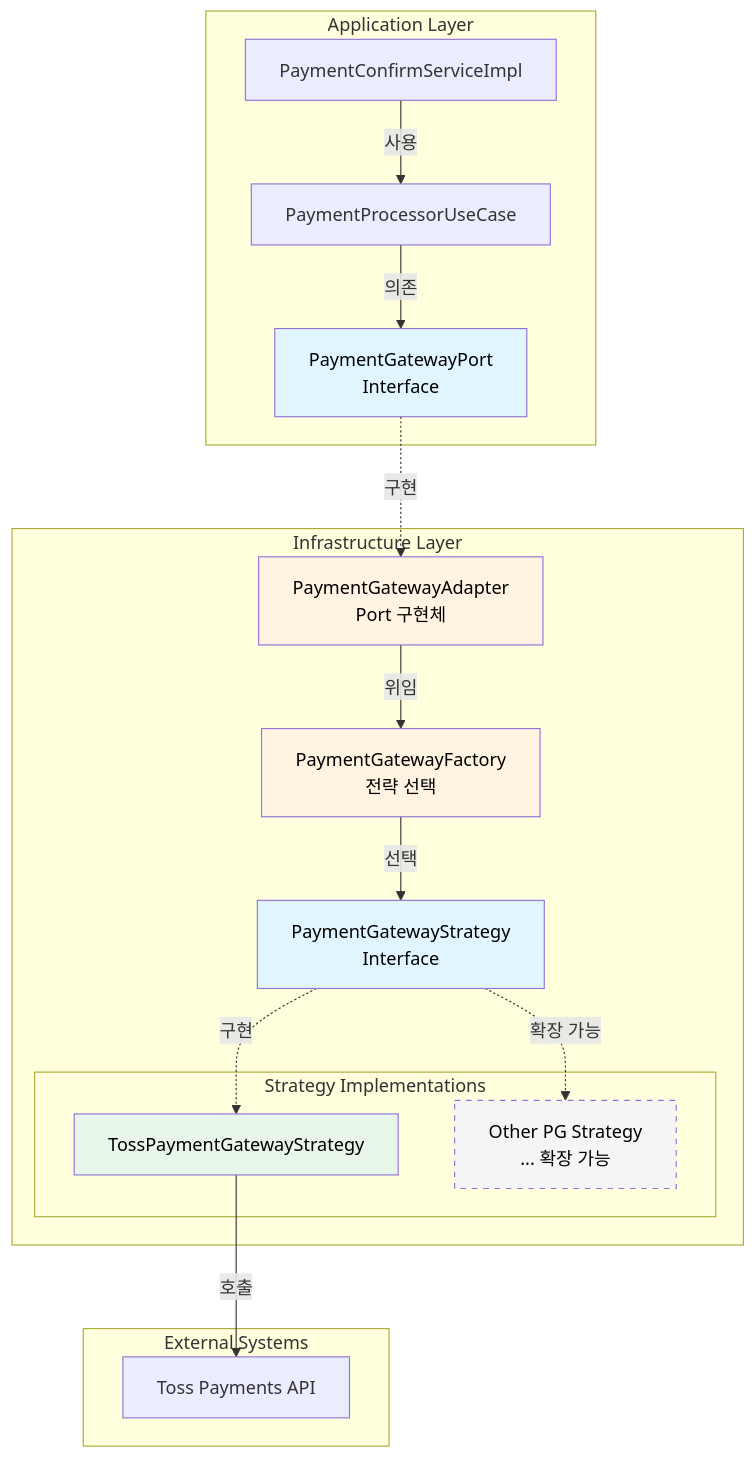
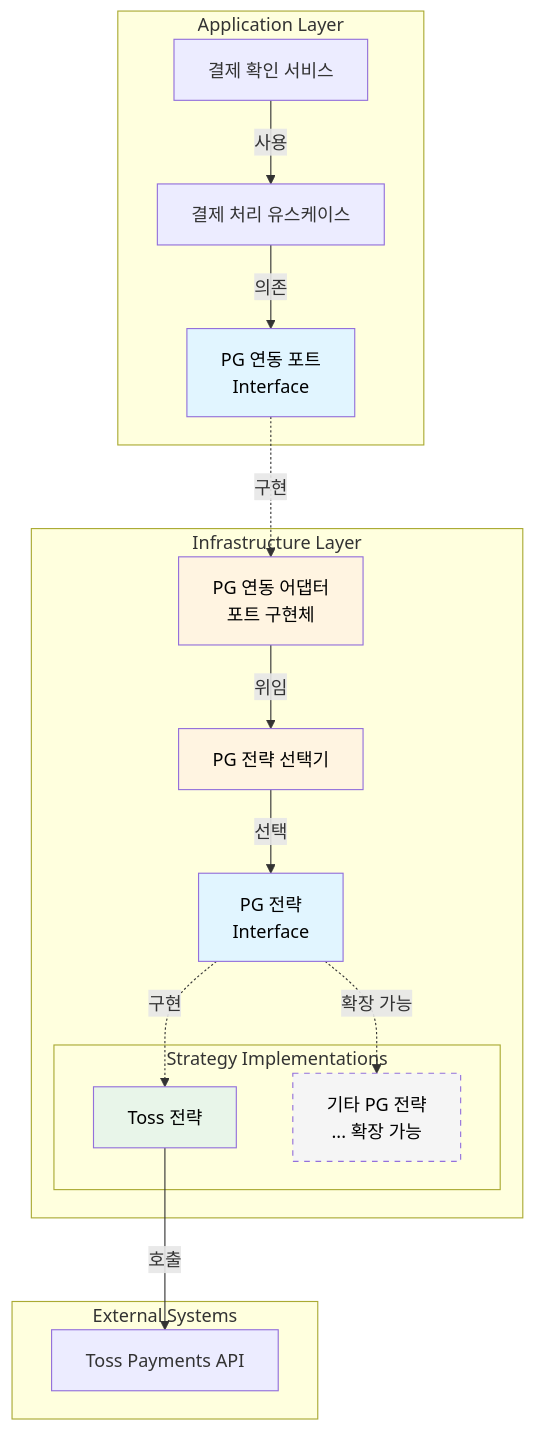
One commit to hyoguoo/payment-platform changed the fourth of 5 diagrams in README.md. Above: the diagram before and after it, drawn with Mermaid. The commit also changed other lines of this file, not shown here.

First line of the commit message:
docs: README 다이어그램·본문 용어를 도메인 친화적으로 변경

````diff
--- a/README.md
+++ b/README.md
@@ -159,38 +159,38 @@
 ```mermaid
 graph TB
     subgraph "Application Layer"
-        Service[PaymentConfirmServiceImpl]
-        UseCase[PaymentProcessorUseCase]
-        Port[PaymentGatewayPort<br/>Interface]
+        Service[결제 확인 서비스]
+        UseCase[결제 처리 유스케이스]
+        Port[PG 연동 포트<br/>Interface]
     end
 
     subgraph "Infrastructure Layer"
-        Adapter[PaymentGatewayAdapter<br/>Port 구현체]
-        Factory[PaymentGatewayFactory<br/>전략 선택]
-        Strategy[PaymentGatewayStrategy<br/>Interface]
+        Adapter[PG 연동 어댑터<br/>포트 구현체]
+        Factory[PG 전략 선택기]
+        Strategy[PG 전략<br/>Interface]
 
         subgraph "Strategy Implementations"
-            Toss[TossPaymentGatewayStrategy]
-            Future[Other PG Strategy<br/>... 확장 가능]
+            Toss[Toss 전략]
+            Future[기타 PG 전략<br/>... 확장 가능]
         end
     end
 
     subgraph "External Systems"
         TossAPI[Toss Payments API]
     end
 
     Service -->|사용| UseCase
     UseCase -->|의존| Port
     Port -.->|구현| Adapter
     Adapter -->|위임| Factory
     Factory -->|선택| Strategy
     Strategy -.->|구현| Toss
     Strategy -.->|확장 가능| Future
     Toss -->|호출| TossAPI
     style Port fill: #e1f5ff, color: #000
     style Strategy fill: #e1f5ff, color: #000
     style Adapter fill: #fff4e1, color: #000
     style Factory fill: #fff4e1, color: #000
     style Toss fill: #e8f5e9, color: #000
     style Future fill: #f5f5f5, stroke-dasharray: 5 5, color: #000
 ```
````
